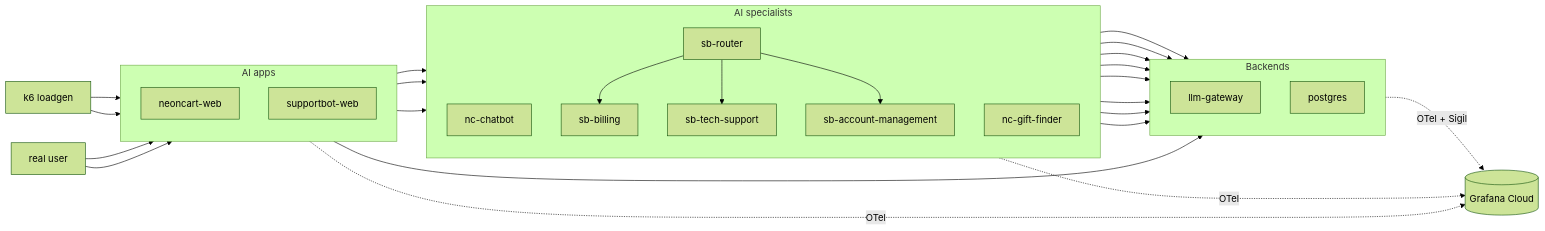
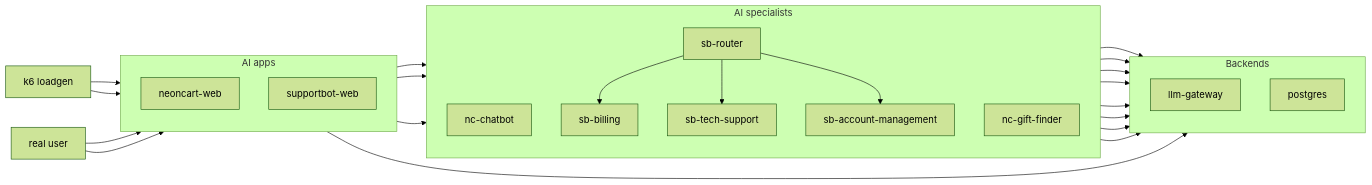
Before and after one commit to stephenwagner-grafana/ai-o11y-demo-apps: the diagram in README.md, drawn with Mermaid (forest theme).

Commit message:
README: drop subgraph-to-node arrows that broke Mermaid render on GitHub
The previous diagram rendered to an empty SVG on GitHub — the
`apps -.-> GC` style edges, where the source is a subgraph identifier
rather than a node, aren't reliably supported by GitHub's Mermaid 11.x
renderer. Removed those three OTel arrows plus the Grafana Cloud node;
the prose paragraph immediately below already covers OTel + Sigil ingest.

````diff
--- a/README.md
+++ b/README.md
@@ -59,57 +59,51 @@
 ```mermaid
 flowchart LR
   LG["k6 loadgen"]
   USR["real user"]
 
   subgraph apps["AI apps"]
     direction TB
     NCW["neoncart-web"]
     SBW["supportbot-web"]
   end
 
   subgraph spec["AI specialists"]
     direction TB
     NCB["nc-chatbot"]
     NCG["nc-gift-finder"]
     SBR["sb-router"]
     SBB["sb-billing"]
     SBT["sb-tech-support"]
     SBA["sb-account-management"]
   end
 
   subgraph back["Backends"]
     direction TB
     GW["llm-gateway"]
     PG["postgres"]
   end
 
-  GC[("Grafana Cloud")]
-
   LG --> NCW
   LG --> SBW
   USR --> NCW
   USR --> SBW
 
   NCW --> NCB
   NCW --> NCG
   NCW --> PG
 
   SBW --> SBR
   SBR --> SBB
   SBR --> SBT
   SBR --> SBA
 
   NCB --> GW
   NCG --> GW
   SBR --> GW
   SBB --> GW
   SBT --> GW
   SBA --> GW
 
   NCB --> PG
   NCG --> PG
-
-  apps -.->|OTel| GC
-  spec -.->|OTel| GC
-  back -.->|OTel + Sigil| GC
 ```
````
